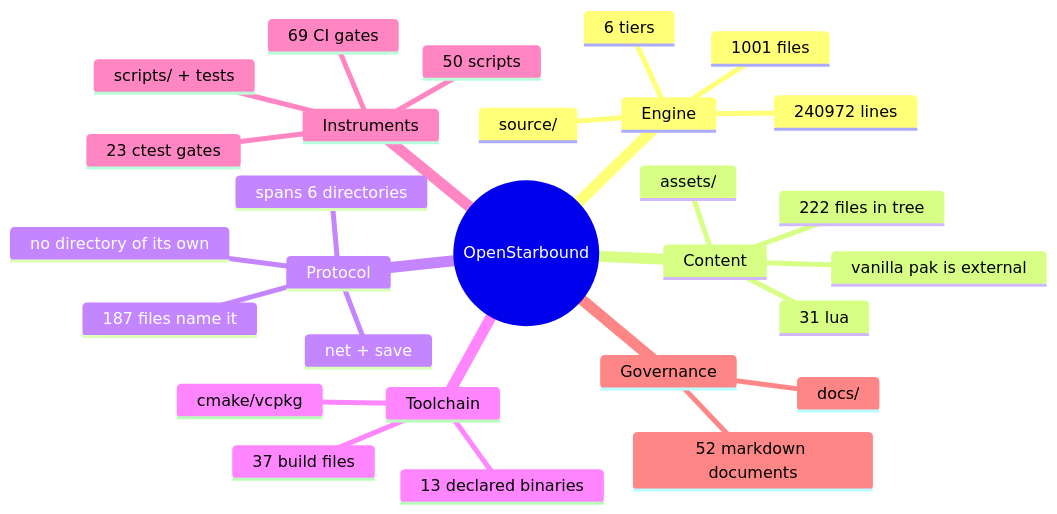
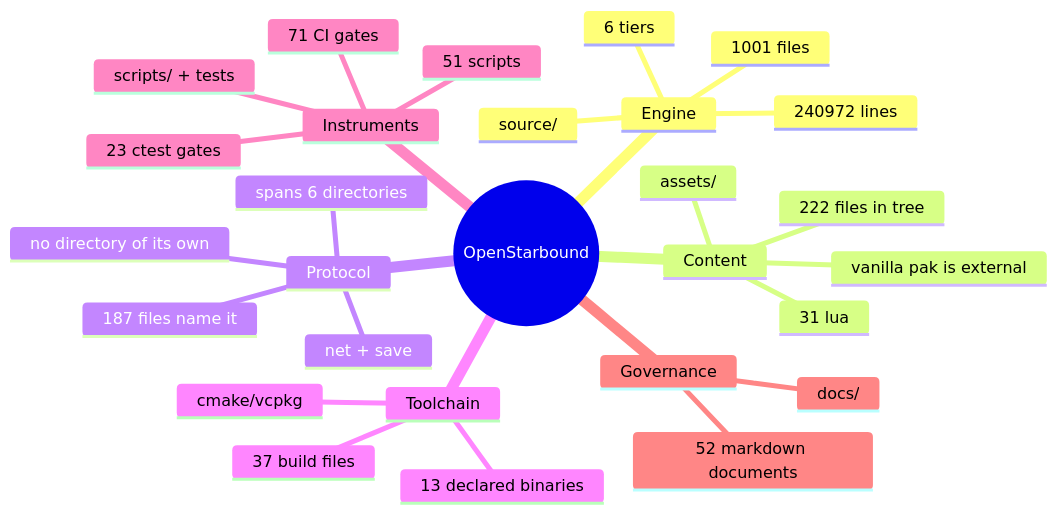
The second of 11 diagrams in docs/architecture/system-boundaries.md (apnex/OpenStarbound), drawn with Mermaid before and after one commit. The commit also changed 8 other files, not shown here.

````diff
--- a/docs/architecture/system-boundaries.md
+++ b/docs/architecture/system-boundaries.md
@@ -166,31 +166,31 @@
 ```mermaid
 mindmap
   root((OpenStarbound))
     Engine
       source/
       1001 files
       240972 lines
       6 tiers
     Content
       assets/
       222 files in tree
       31 lua
       vanilla pak is external
     Protocol
       net + save
       187 files name it
       spans 6 directories
       no directory of its own
     Toolchain
       cmake/vcpkg
       37 build files
       13 declared binaries
     Instruments
       scripts/ + tests
-      50 scripts
+      51 scripts
       23 ctest gates
-      69 CI gates
+      71 CI gates
     Governance
       docs/
       52 markdown documents
 ```
````
